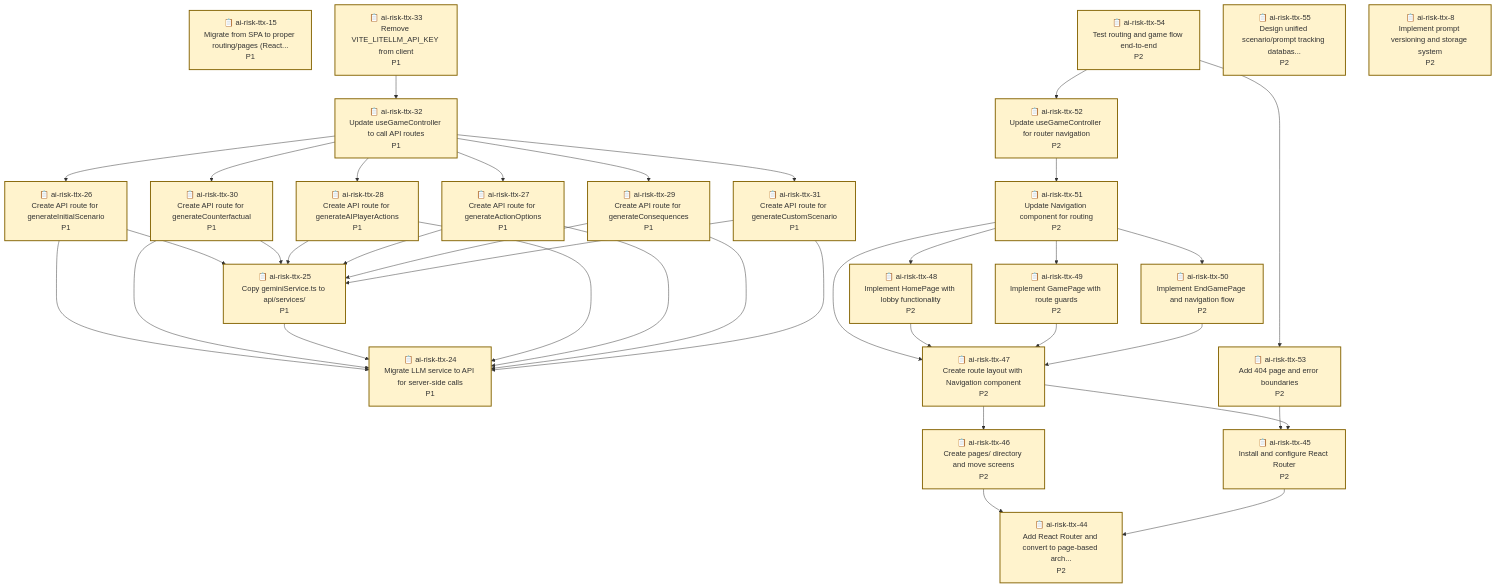
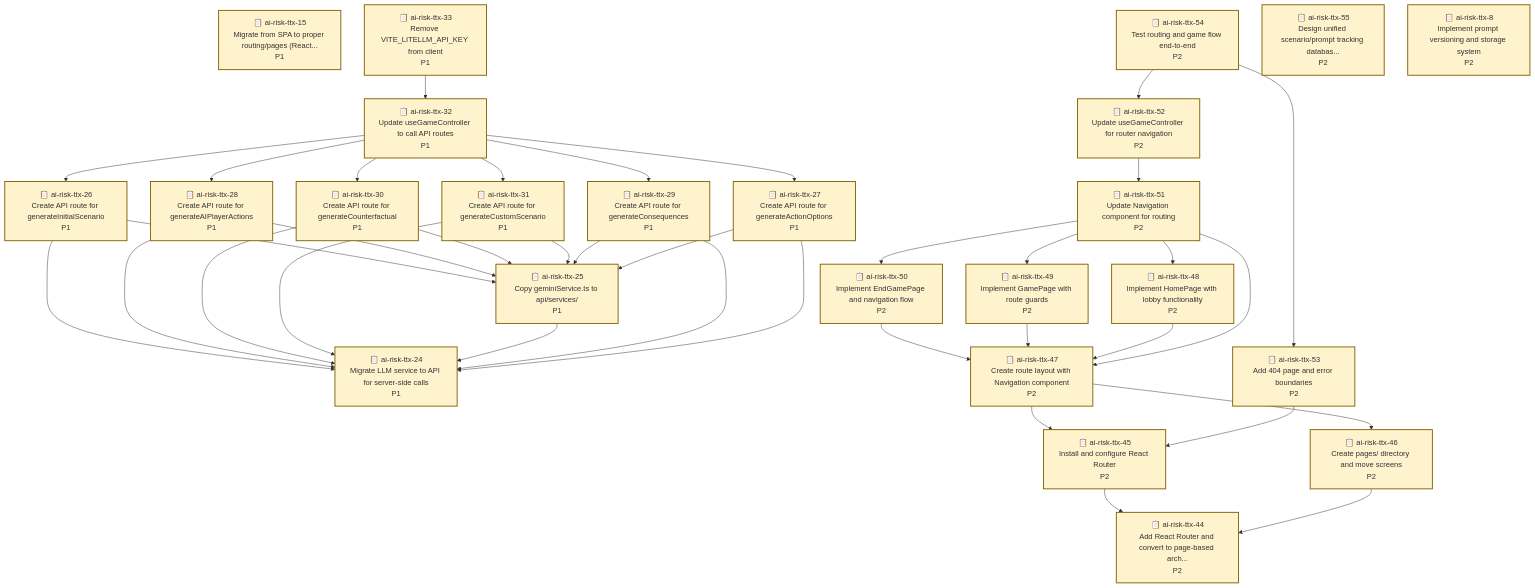
Before and after one commit to bhi5hmaraj/ai-risk-ttx: the diagram in .beads/graph.md, drawn with Mermaid. The commit also changed other lines of this file and 2 other files, not shown here.

````diff
--- a/.beads/graph.md
+++ b/.beads/graph.md
@@ -49,39 +49,39 @@
     ai-risk-ttx-8["📋 ai-risk-ttx-8<br/>Implement prompt versioning and storage system<br/>P2"]
     style ai-risk-ttx-8 fill:#fff3cd,stroke:#856404,stroke-width:2px
 
-    ai-risk-ttx-51 --> ai-risk-ttx-47
-    ai-risk-ttx-51 --> ai-risk-ttx-48
-    ai-risk-ttx-51 --> ai-risk-ttx-49
-    ai-risk-ttx-51 --> ai-risk-ttx-50
+    ai-risk-ttx-45 --> ai-risk-ttx-44
     ai-risk-ttx-26 --> ai-risk-ttx-24
     ai-risk-ttx-26 --> ai-risk-ttx-25
+    ai-risk-ttx-28 --> ai-risk-ttx-24
+    ai-risk-ttx-28 --> ai-risk-ttx-25
     ai-risk-ttx-30 --> ai-risk-ttx-24
     ai-risk-ttx-30 --> ai-risk-ttx-25
-    ai-risk-ttx-25 --> ai-risk-ttx-24
+    ai-risk-ttx-46 --> ai-risk-ttx-44
     ai-risk-ttx-33 --> ai-risk-ttx-32
-    ai-risk-ttx-48 --> ai-risk-ttx-47
-    ai-risk-ttx-53 --> ai-risk-ttx-45
-    ai-risk-ttx-28 --> ai-risk-ttx-24
-    ai-risk-ttx-28 --> ai-risk-ttx-25
-    ai-risk-ttx-27 --> ai-risk-ttx-24
-    ai-risk-ttx-27 --> ai-risk-ttx-25
-    ai-risk-ttx-52 --> ai-risk-ttx-51
     ai-risk-ttx-54 --> ai-risk-ttx-52
     ai-risk-ttx-54 --> ai-risk-ttx-53
+    ai-risk-ttx-31 --> ai-risk-ttx-24
+    ai-risk-ttx-31 --> ai-risk-ttx-25
+    ai-risk-ttx-47 --> ai-risk-ttx-45
+    ai-risk-ttx-47 --> ai-risk-ttx-46
+    ai-risk-ttx-50 --> ai-risk-ttx-47
+    ai-risk-ttx-25 --> ai-risk-ttx-24
+    ai-risk-ttx-49 --> ai-risk-ttx-47
+    ai-risk-ttx-52 --> ai-risk-ttx-51
+    ai-risk-ttx-48 --> ai-risk-ttx-47
     ai-risk-ttx-32 --> ai-risk-ttx-26
     ai-risk-ttx-32 --> ai-risk-ttx-27
     ai-risk-ttx-32 --> ai-risk-ttx-28
     ai-risk-ttx-32 --> ai-risk-ttx-29
     ai-risk-ttx-32 --> ai-risk-ttx-30
     ai-risk-ttx-32 --> ai-risk-ttx-31
-    ai-risk-ttx-47 --> ai-risk-ttx-45
-    ai-risk-ttx-47 --> ai-risk-ttx-46
-    ai-risk-ttx-49 --> ai-risk-ttx-47
-    ai-risk-ttx-46 --> ai-risk-ttx-44
+    ai-risk-ttx-53 --> ai-risk-ttx-45
     ai-risk-ttx-29 --> ai-risk-ttx-24
     ai-risk-ttx-29 --> ai-risk-ttx-25
-    ai-risk-ttx-50 --> ai-risk-ttx-47
-    ai-risk-ttx-45 --> ai-risk-ttx-44
-    ai-risk-ttx-31 --> ai-risk-ttx-24
-    ai-risk-ttx-31 --> ai-risk-ttx-25
+    ai-risk-ttx-27 --> ai-risk-ttx-24
+    ai-risk-ttx-27 --> ai-risk-ttx-25
+    ai-risk-ttx-51 --> ai-risk-ttx-47
+    ai-risk-ttx-51 --> ai-risk-ttx-48
+    ai-risk-ttx-51 --> ai-risk-ttx-49
+    ai-risk-ttx-51 --> ai-risk-ttx-50
 ```
````
